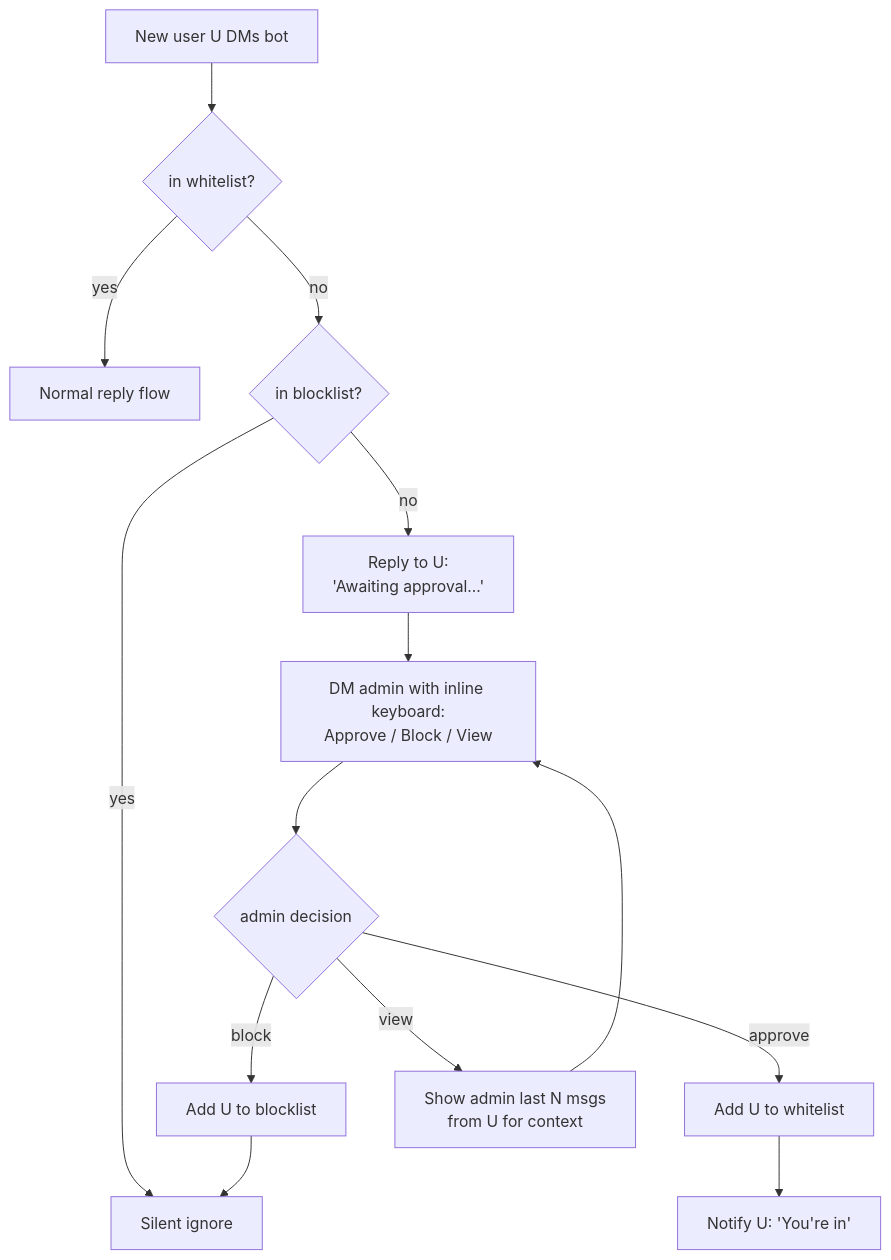
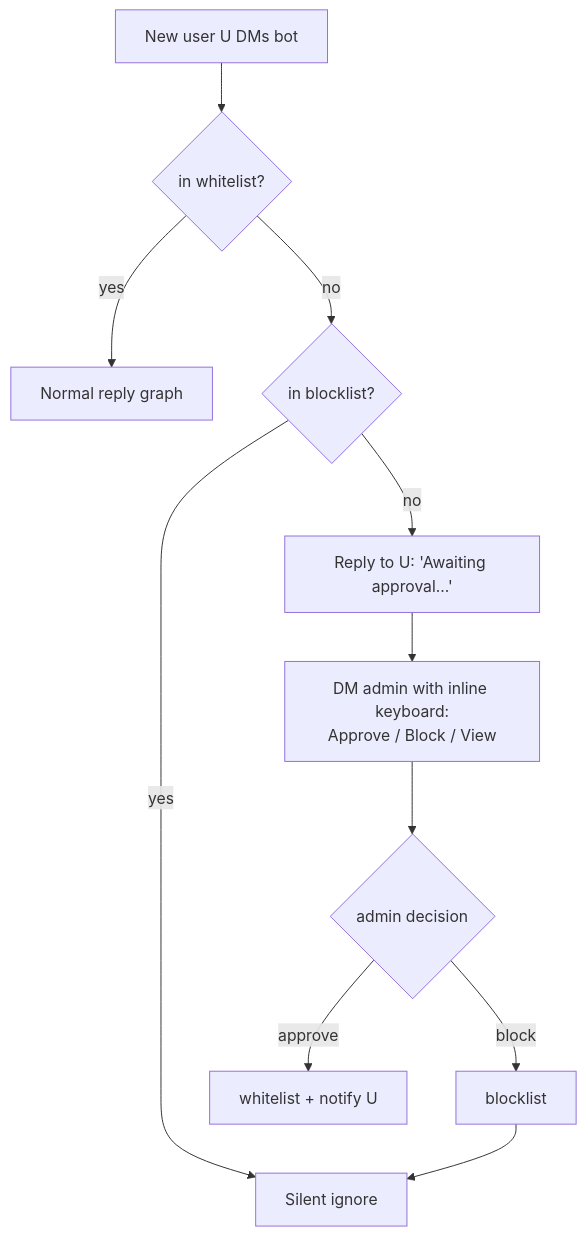
One commit to BohdanChuprynka/Persona-RAG changed the fourth of 4 diagrams in docs/ARCHITECTURE.md. Above: the diagram before and after it, drawn with Mermaid. The commit also changed other lines of this file and 15 other files, not shown here.

````diff
--- a/docs/ARCHITECTURE.md
+++ b/docs/ARCHITECTURE.md
@@ -134,16 +177,13 @@
 ```mermaid
 flowchart TD
     A[New user U DMs bot] --> B{in whitelist?}
-    B -->|yes| C[Normal reply flow]
-    B -->|no| D{in blocklist?}
-    D -->|yes| E[Silent ignore]
-    D -->|no| F[Reply to U:<br/>'Awaiting approval...']
+    B -- yes --> C[Normal reply graph]
+    B -- no --> D{in blocklist?}
+    D -- yes --> E[Silent ignore]
+    D -- no --> F[Reply to U: 'Awaiting approval...']
     F --> G[DM admin with inline keyboard:<br/>Approve / Block / View]
     G --> H{admin decision}
-    H -->|approve| I[Add U to whitelist]
-    I --> J[Notify U: 'You're in']
-    H -->|block| K[Add U to blocklist]
+    H -- approve --> I[whitelist + notify U]
+    H -- block --> K[blocklist]
     K --> E
-    H -->|view| L[Show admin last N msgs<br/>from U for context]
-    L --> G
 ```
````
